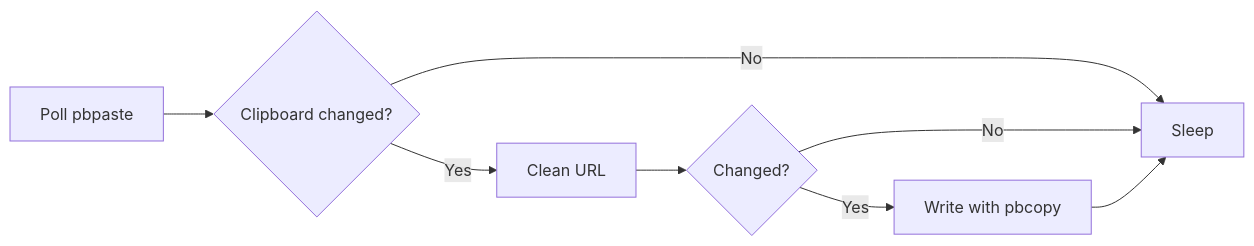
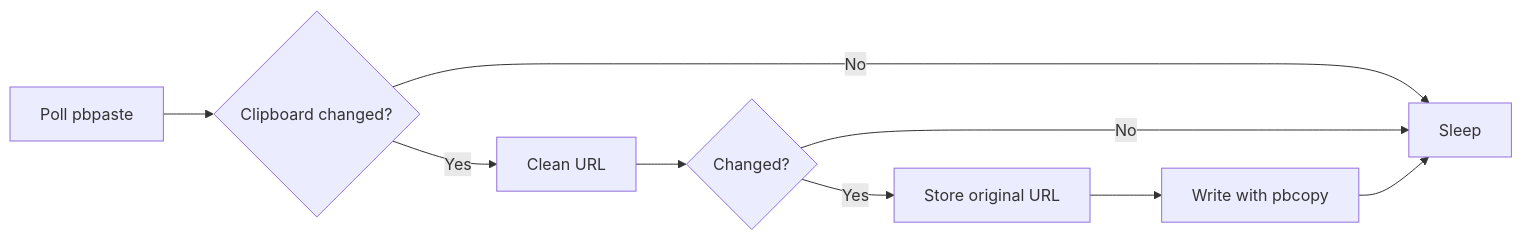
Before and after one commit to HexCodeYT/PlainLink: the diagram in docs/MACOS.md, drawn with Mermaid. The commit also changed other lines of this file and 7 other files, not shown here.

````diff
--- a/docs/MACOS.md
+++ b/docs/MACOS.md
@@ -13,10 +13,11 @@
 ```mermaid
 flowchart LR
     Poll["Poll pbpaste"] --> Changed{"Clipboard changed?"}
     Changed -->|No| Sleep["Sleep"]
     Changed -->|Yes| Clean["Clean URL"]
     Clean --> Different{"Changed?"}
     Different -->|No| Sleep
-    Different -->|Yes| Copy["Write with pbcopy"]
+    Different -->|Yes| State["Store original URL"]
+    State --> Copy["Write with pbcopy"]
     Copy --> Sleep
 ```
````
